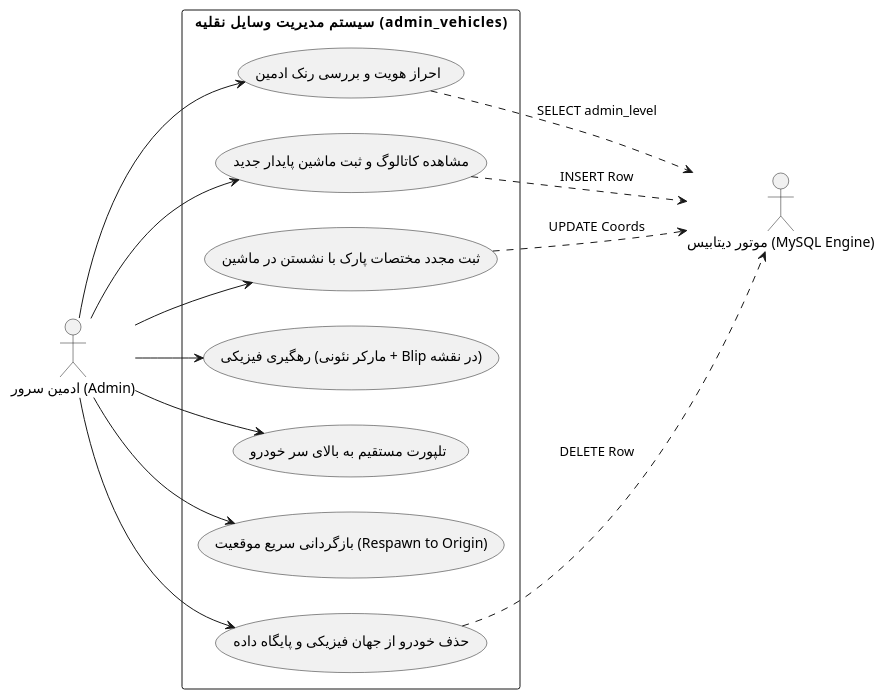
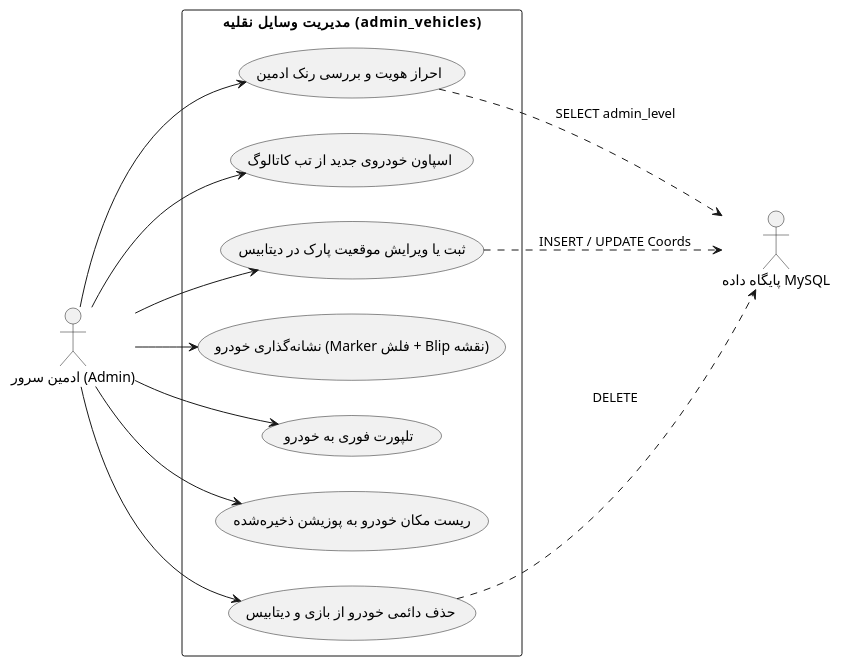
The fifth of 6 diagrams in resources/admin_vehicles/ReadMe.md (Silent-Galaxy/SilentRP), drawn with PlantUML before and after one commit. The commit also changed other lines of this file, not shown here.

````diff
--- a/resources/admin_vehicles/ReadMe.md
+++ b/resources/admin_vehicles/ReadMe.md
@@ -187,28 +270,29 @@
+```plantuml
 @startuml
 left to right direction
-actor "ادمین سرور (Admin)" as admin
-actor "موتور دیتابیس (MySQL Engine)" as db
+actor "ادمین سرور (Admin)" as Admin
+actor "پایگاه داده MySQL" as DB
 
-rectangle "سیستم مدیریت وسایل نقلیه (admin_vehicles)" {
+rectangle "مدیریت وسایل نقلیه (admin_vehicles)" {
   usecase "احراز هویت و بررسی رنک ادمین" as UC_Auth
-  usecase "مشاهده کاتالوگ و ثبت ماشین پایدار جدید" as UC_Create
-  usecase "ثبت مجدد مختصات پارک با نشستن در ماشین" as UC_Park
-  usecase "رهگیری فیزیکی (مارکر نئونی + Blip در نقشه)" as UC_Track
-  usecase "تلپورت مستقیم به بالای سر خودرو" as UC_Teleport
-  usecase "بازگردانی سریع موقعیت (Respawn to Origin)" as UC_Reset
-  usecase "حذف خودرو از جهان فیزیکی و پایگاه داده" as UC_Delete
+  usecase "اسپاون خودروی جدید از تب کاتالوگ" as UC_Spawn
+  usecase "ثبت یا ویرایش موقعیت پارک در دیتابیس" as UC_Park
+  usecase "نشانه‌گذاری خودرو (Marker فلش + Blip نقشه)" as UC_Marker
+  usecase "تلپورت فوری به خودرو" as UC_Teleport
+  usecase "ریست مکان خودرو به پوزیشن ذخیره‌شده" as UC_Reset
+  usecase "حذف دائمی خودرو از بازی و دیتابیس" as UC_Delete
 }
 
-admin --> UC_Auth
-admin --> UC_Create
-admin --> UC_Park
-admin --> UC_Track
-admin --> UC_Teleport
-admin --> UC_Reset
-admin --> UC_Delete
+Admin --> UC_Auth
+Admin --> UC_Spawn
+Admin --> UC_Park
+Admin --> UC_Marker
+Admin --> UC_Teleport
+Admin --> UC_Reset
+Admin --> UC_Delete
 
-UC_Park ..> db : UPDATE Coords
-UC_Create ..> db : INSERT Row
-UC_Delete ..> db : DELETE Row
-UC_Auth ..> db : SELECT admin_level
+UC_Auth ..> DB : SELECT admin_level
+UC_Park ..> DB : INSERT / UPDATE Coords
+UC_Delete ..> DB : DELETE
 @enduml
+```
````
